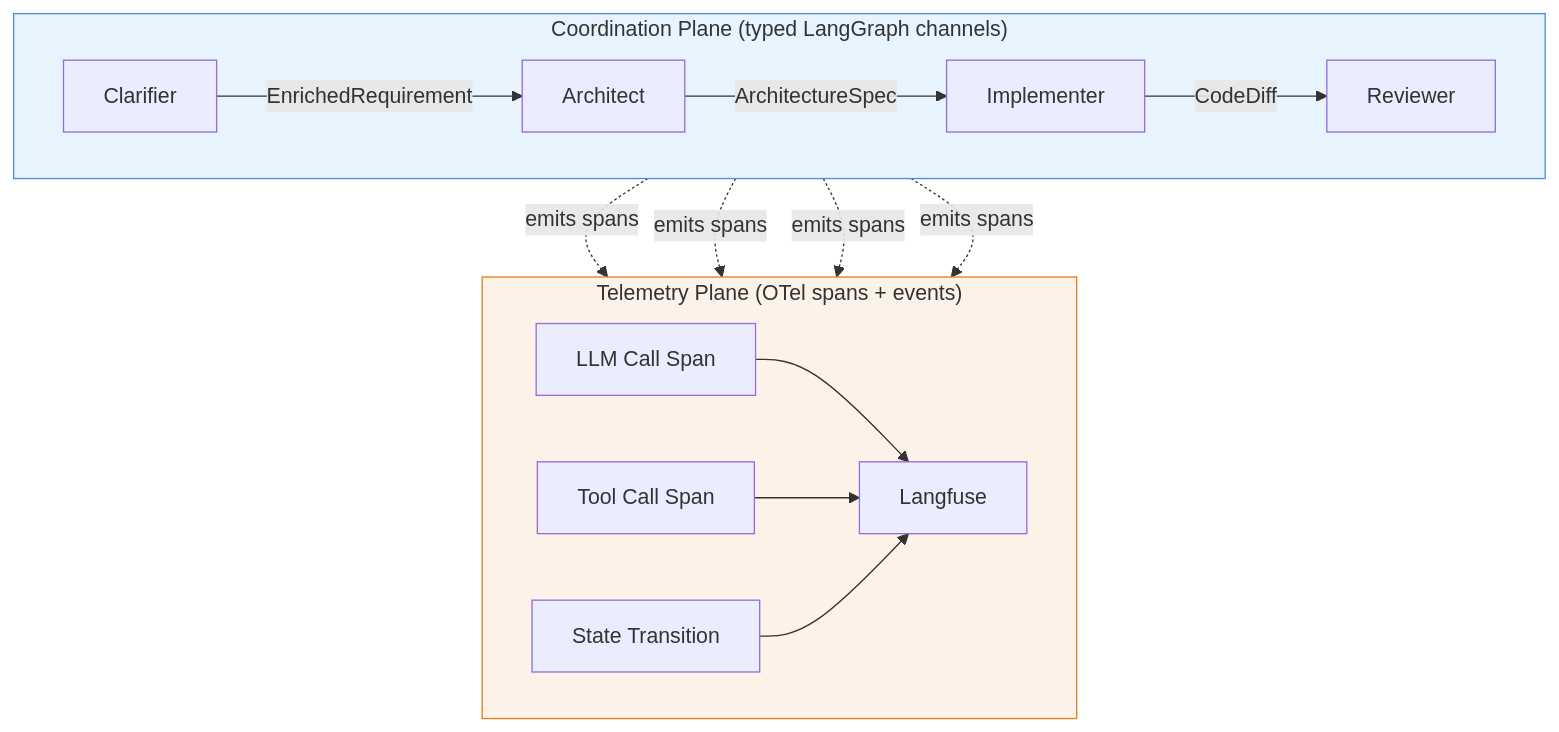
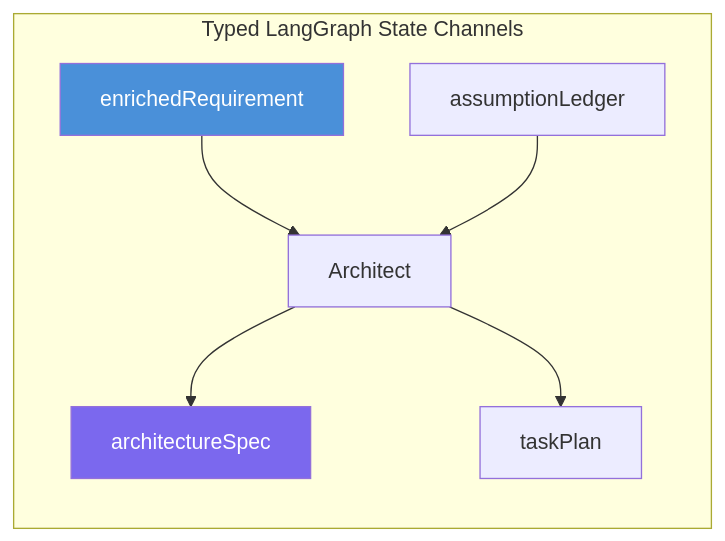
One commit to praveen-gottala/sdlc-agent-swarms changed the diagram in docs/concepts/coordination-and-state.md. Above: the diagram before and after it, drawn with Mermaid. The commit also changed other lines of this file and 6 other files, not shown here.

````diff
--- a/docs/concepts/coordination-and-state.md
+++ b/docs/concepts/coordination-and-state.md
@@ -14,24 +9,12 @@
 ```mermaid
-graph TB
-    subgraph Coordination ["Coordination Plane (typed LangGraph channels)"]
-        direction LR
-        C[Clarifier] -->|EnrichedRequirement| A[Architect]
-        A -->|ArchitectureSpec| I[Implementer]
-        I -->|CodeDiff| R[Reviewer]
+graph LR
+    subgraph Channels ["Typed LangGraph State Channels"]
+        C1[enrichedRequirement] --> A[Architect]
+        C2[assumptionLedger] --> A
+        A --> C3[architectureSpec]
+        A --> C4[taskPlan]
     end
 
-    subgraph Telemetry ["Telemetry Plane (OTel spans + events)"]
-        direction LR
-        T1[LLM Call Span] --> T2[Langfuse]
-        T3[Tool Call Span] --> T2
-        T4[State Transition] --> T2
-    end
-
-    C -.->|emits spans| T1
-    A -.->|emits spans| T1
-    I -.->|emits spans| T3
-    R -.->|emits spans| T3
-
-    style Coordination fill:#E8F4FD,stroke:#4A90D9
-    style Telemetry fill:#FDF2E8,stroke:#E67E22
+    style C1 fill:#4A90D9,color:#fff
+    style C3 fill:#7B68EE,color:#fff
 ```
````
